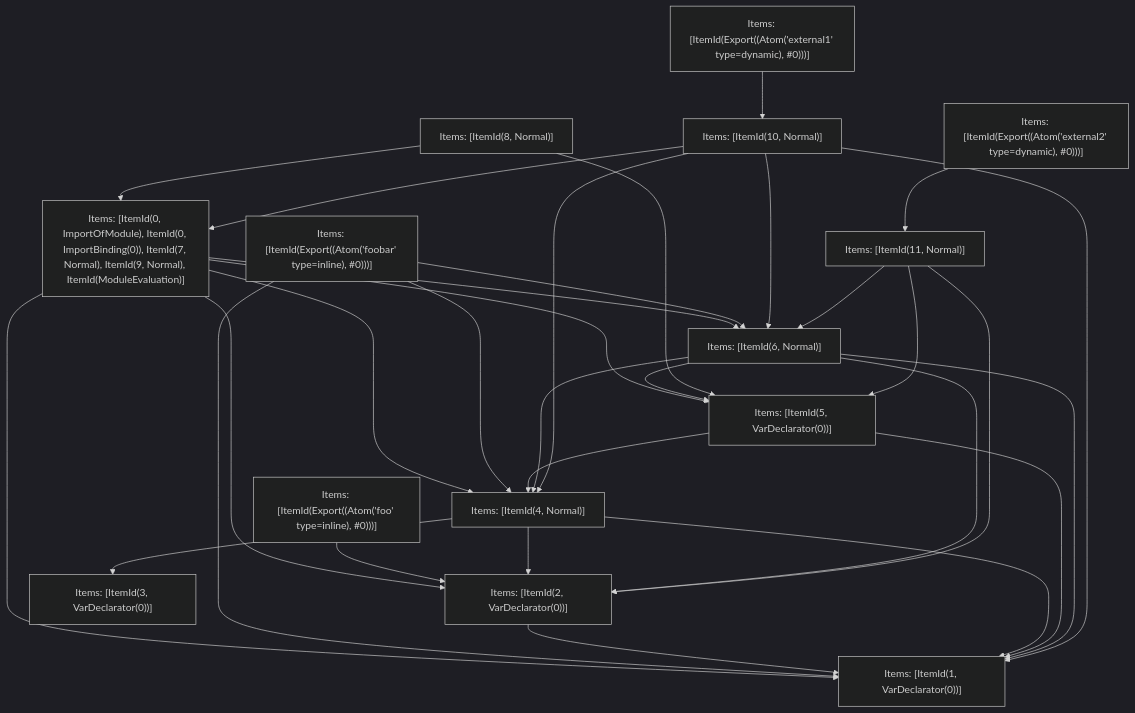
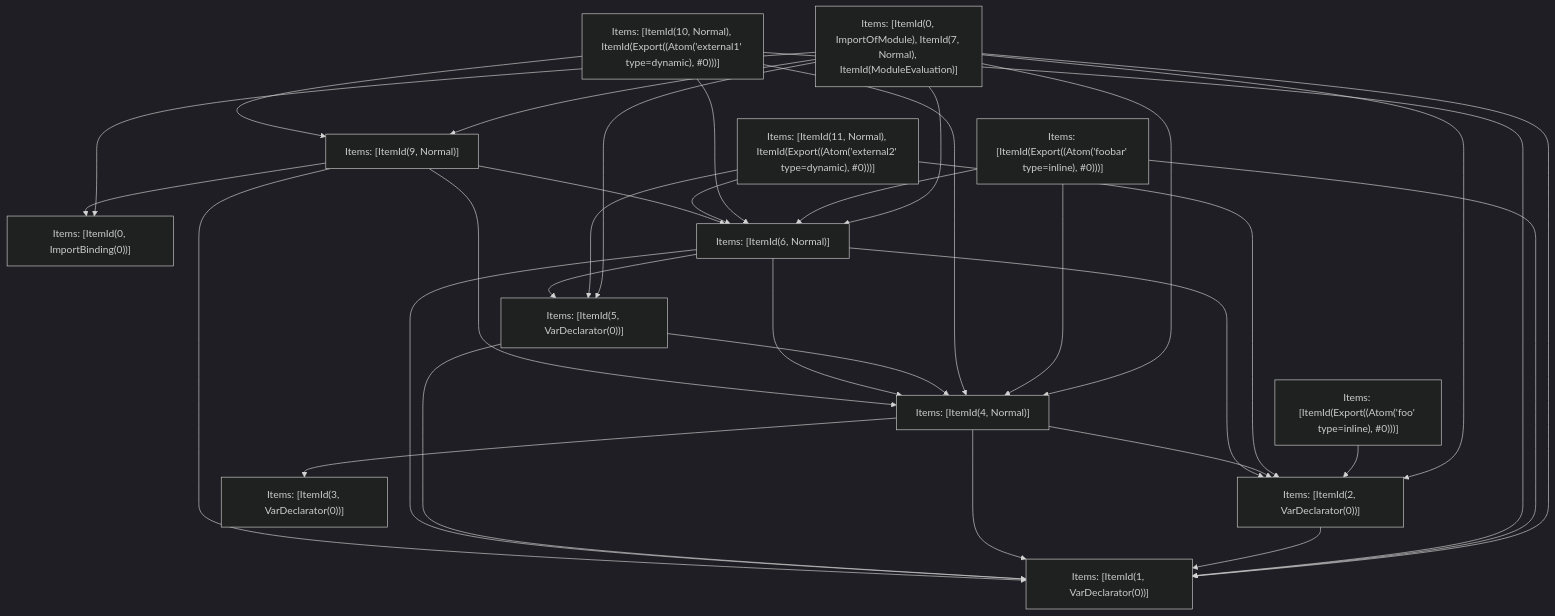
The fifth of 5 diagrams in crates/turbopack-ecmascript/tests/tree-shaker/analyzer/1/output.md (vercel/turborepo), drawn with Mermaid (dark theme) before and after one commit. The commit also changed other lines of this file and 3 other files, not shown here.

````diff
--- a/crates/turbopack-ecmascript/tests/tree-shaker/analyzer/1/output.md
+++ b/crates/turbopack-ecmascript/tests/tree-shaker/analyzer/1/output.md
@@ -341,47 +341,48 @@
 ```mermaid
 graph TD
-    N0["Items: [ItemId(0, ImportOfModule), ItemId(0, ImportBinding(0)), ItemId(7, Normal), ItemId(9, Normal), ItemId(ModuleEvaluation)]"];
+    N0["Items: [ItemId(0, ImportOfModule), ItemId(7, Normal), ItemId(ModuleEvaluation)]"];
     N1["Items: [ItemId(Export((Atom('foobar' type=inline), #0)))]"];
     N2["Items: [ItemId(Export((Atom('foo' type=inline), #0)))]"];
-    N3["Items: [ItemId(Export((Atom('external1' type=dynamic), #0)))]"];
-    N4["Items: [ItemId(Export((Atom('external2' type=dynamic), #0)))]"];
-    N5["Items: [ItemId(1, VarDeclarator(0))]"];
-    N6["Items: [ItemId(2, VarDeclarator(0))]"];
-    N7["Items: [ItemId(4, Normal)]"];
-    N8["Items: [ItemId(5, VarDeclarator(0))]"];
-    N9["Items: [ItemId(6, Normal)]"];
-    N10["Items: [ItemId(8, Normal)]"];
-    N11["Items: [ItemId(10, Normal)]"];
-    N12["Items: [ItemId(11, Normal)]"];
-    N13["Items: [ItemId(3, VarDeclarator(0))]"];
-    N0 --> N8;
+    N3["Items: [ItemId(10, Normal), ItemId(Export((Atom('external1' type=dynamic), #0)))]"];
+    N4["Items: [ItemId(11, Normal), ItemId(Export((Atom('external2' type=dynamic), #0)))]"];
+    N5["Items: [ItemId(0, ImportBinding(0))]"];
+    N6["Items: [ItemId(1, VarDeclarator(0))]"];
+    N7["Items: [ItemId(2, VarDeclarator(0))]"];
+    N8["Items: [ItemId(3, VarDeclarator(0))]"];
+    N9["Items: [ItemId(4, Normal)]"];
+    N10["Items: [ItemId(5, VarDeclarator(0))]"];
+    N11["Items: [ItemId(6, Normal)]"];
+    N12["Items: [ItemId(9, Normal)]"];
+    N0 --> N10;
     N0 --> N5;
+    N0 --> N6;
+    N0 --> N9;
+    N0 --> N11;
     N0 --> N7;
-    N0 --> N9;
-    N0 --> N6;
-    N1 --> N5;
-    N1 --> N7;
+    N0 --> N12;
+    N1 --> N6;
     N1 --> N9;
-    N2 --> N6;
+    N1 --> N11;
+    N2 --> N7;
+    N3 --> N12;
+    N3 --> N6;
+    N3 --> N9;
     N3 --> N11;
-    N4 --> N12;
-    N6 --> N5;
-    N7 --> N13;
-    N7 --> N5;
+    N4 --> N7;
+    N4 --> N10;
+    N4 --> N11;
     N7 --> N6;
-    N8 --> N5;
-    N8 --> N7;
-    N9 --> N5;
+    N9 --> N8;
+    N9 --> N6;
     N9 --> N7;
-    N9 --> N6;
-    N9 --> N8;
-    N10 --> N8;
-    N10 --> N0;
-    N11 --> N0;
-    N11 --> N5;
+    N10 --> N6;
+    N10 --> N9;
+    N11 --> N6;
+    N11 --> N9;
     N11 --> N7;
-    N11 --> N9;
+    N11 --> N10;
+    N12 --> N5;
     N12 --> N6;
-    N12 --> N8;
     N12 --> N9;
+    N12 --> N11;
 ```
````
